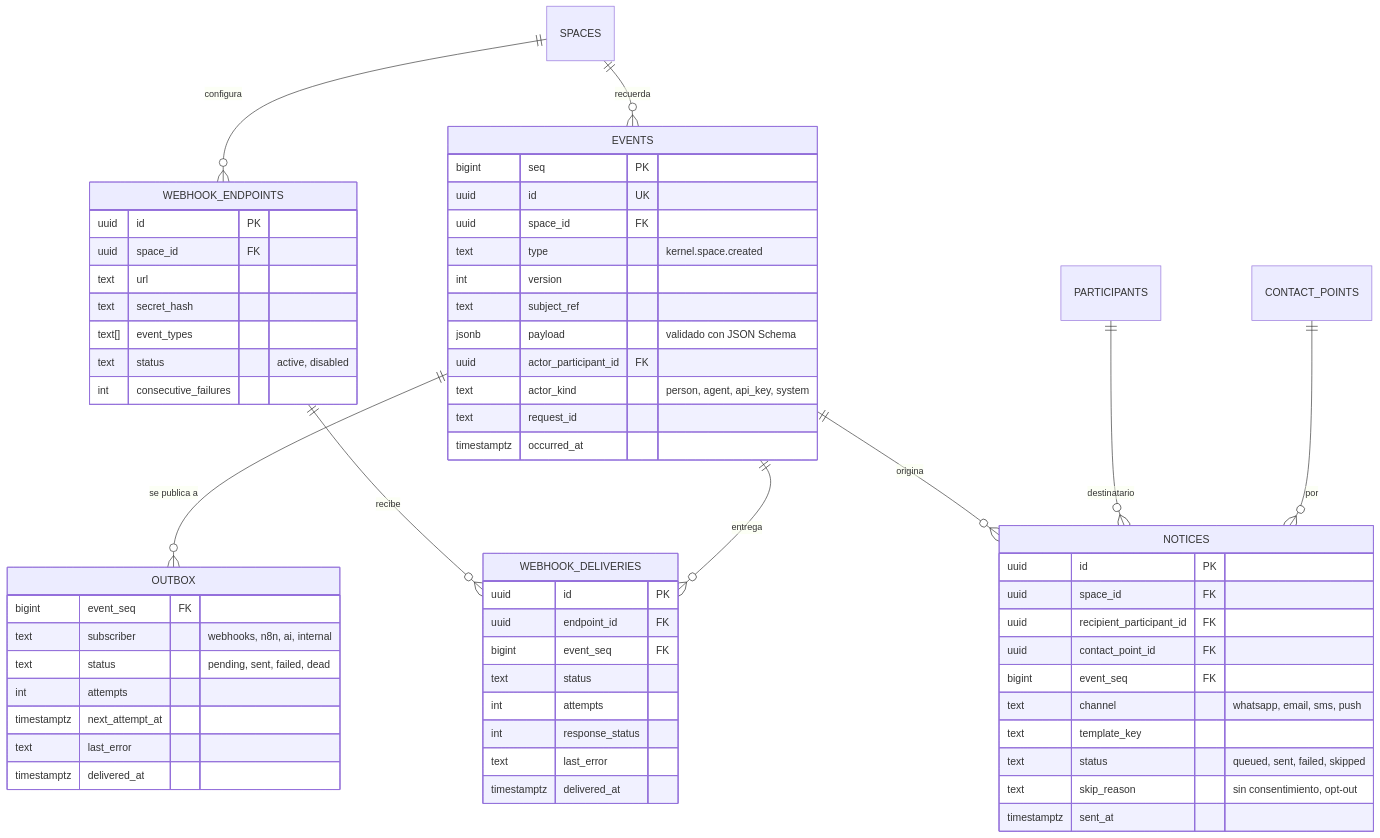
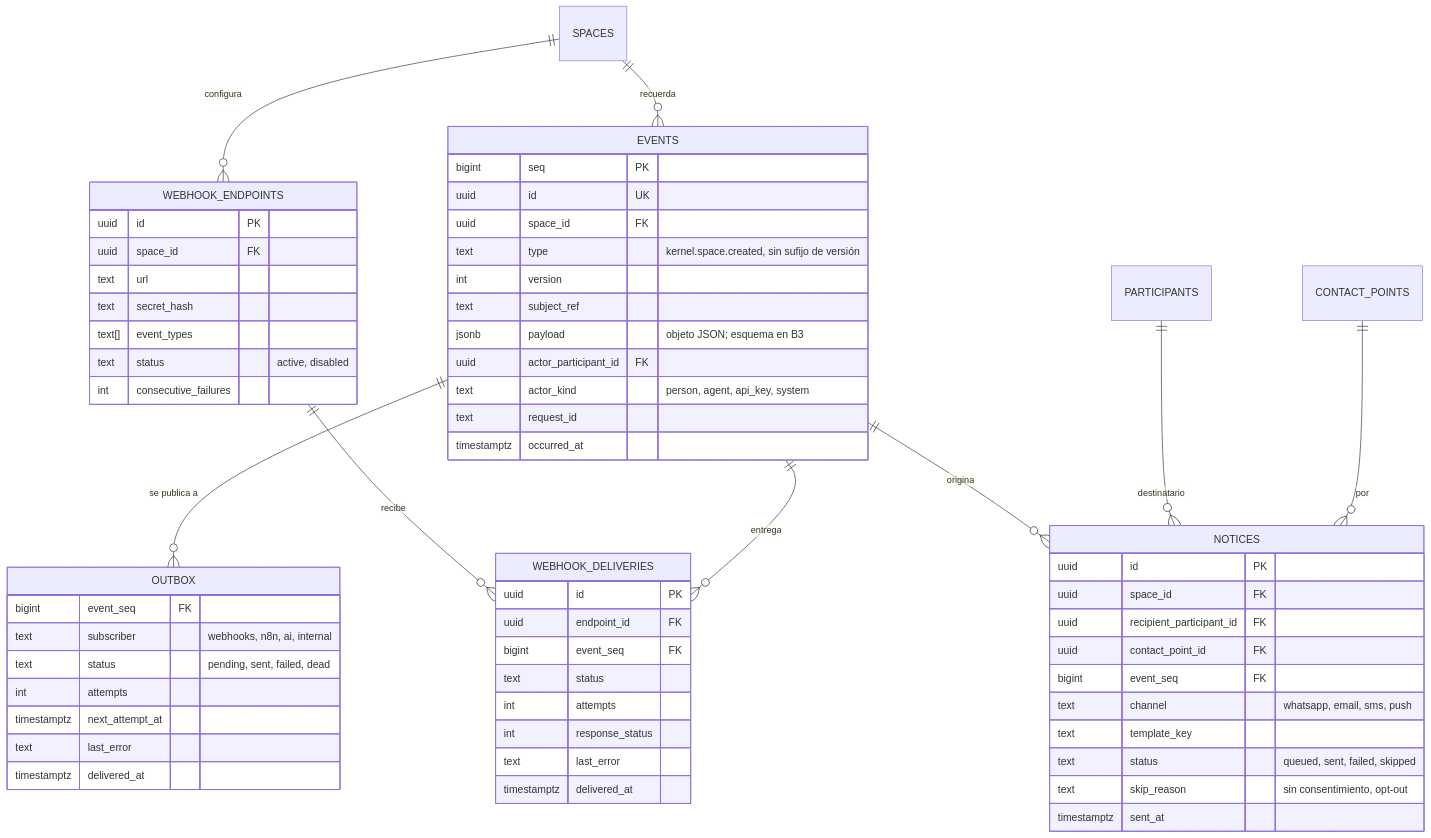
One commit to NexusThrive/nexusthrive changed the fourth of 4 diagrams in docs/02-arquitectura/modelo-de-datos/kernel.md. Above: the diagram before and after it, drawn with Mermaid. The commit also changed other lines of this file and 2 other files, not shown here.

Commit message:
docs(HU-kernel-events-09): document events and update sprint status

````diff
--- a/docs/02-arquitectura/modelo-de-datos/kernel.md
+++ b/docs/02-arquitectura/modelo-de-datos/kernel.md
@@ -267,65 +267,65 @@
 ```mermaid
 erDiagram
     SPACES ||--o{ EVENTS : "recuerda"
     EVENTS ||--o{ OUTBOX : "se publica a"
     SPACES ||--o{ WEBHOOK_ENDPOINTS : "configura"
     WEBHOOK_ENDPOINTS ||--o{ WEBHOOK_DELIVERIES : "recibe"
     EVENTS ||--o{ WEBHOOK_DELIVERIES : "entrega"
     EVENTS ||--o{ NOTICES : "origina"
     PARTICIPANTS ||--o{ NOTICES : "destinatario"
     CONTACT_POINTS ||--o{ NOTICES : "por"
 
     EVENTS {
         bigint seq PK
         uuid id UK
         uuid space_id FK
-        text type "kernel.space.created"
+        text type "kernel.space.created, sin sufijo de versión"
         int version
         text subject_ref
-        jsonb payload "validado con JSON Schema"
+        jsonb payload "objeto JSON; esquema en B3"
         uuid actor_participant_id FK
         text actor_kind "person, agent, api_key, system"
         text request_id
         timestamptz occurred_at
     }
     OUTBOX {
         bigint event_seq FK
         text subscriber "webhooks, n8n, ai, internal"
         text status "pending, sent, failed, dead"
         int attempts
         timestamptz next_attempt_at
         text last_error
         timestamptz delivered_at
     }
     WEBHOOK_ENDPOINTS {
         uuid id PK
         uuid space_id FK
         text url
         text secret_hash
         text[] event_types
         text status "active, disabled"
         int consecutive_failures
     }
     WEBHOOK_DELIVERIES {
         uuid id PK
         uuid endpoint_id FK
         bigint event_seq FK
         text status
         int attempts
         int response_status
         text last_error
         timestamptz delivered_at
     }
     NOTICES {
         uuid id PK
         uuid space_id FK
         uuid recipient_participant_id FK
         uuid contact_point_id FK
         bigint event_seq FK
         text channel "whatsapp, email, sms, push"
         text template_key
         text status "queued, sent, failed, skipped"
         text skip_reason "sin consentimiento, opt-out"
         timestamptz sent_at
     }
 ```
````
